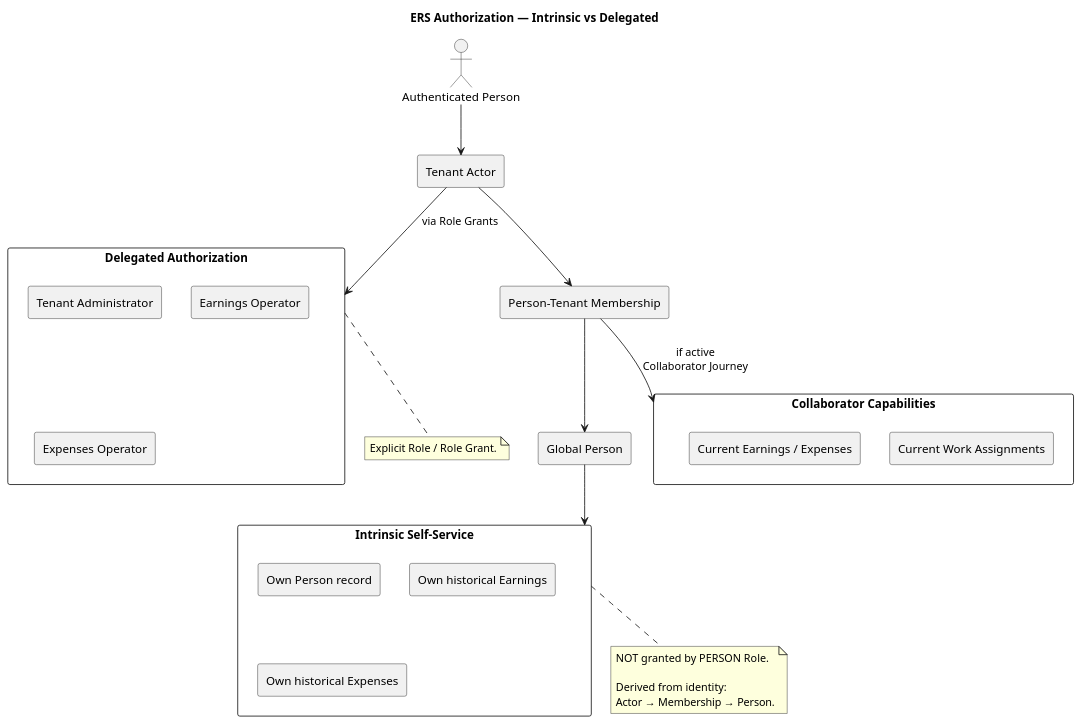
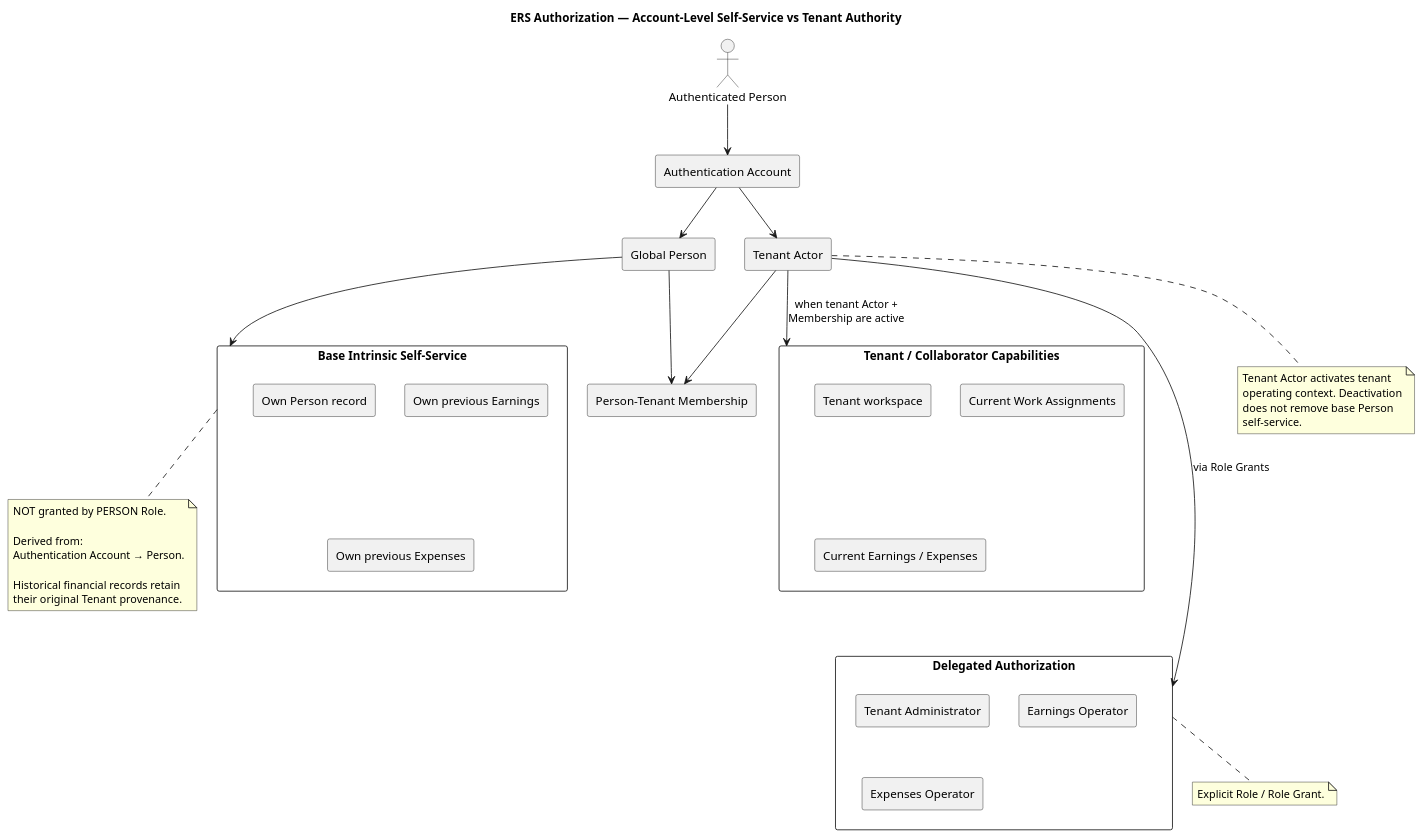
The diagram in docs/uml/authentication/7. Self-Service vs Delegated Authorization.puml (RodrigoMattosoSilveira/EnterpriseRemoteSystems), drawn with PlantUML before and after one commit. The commit also changed 17 other files, not shown here.

Commit message:
Login a Person without any Tenant Membership

```diff
--- a/docs/uml/authentication/7. Self-Service vs Delegated Authorization.puml
+++ b/docs/uml/authentication/7. Self-Service vs Delegated Authorization.puml
@@ -1,48 +1,61 @@
 @startuml
-title ERS Authorization — Intrinsic vs Delegated
+title ERS Authorization — Account-Level Self-Service vs Tenant Authority
 
 actor "Authenticated Person" as User
 
+rectangle "Authentication Account" as Account
+rectangle "Global Person" as Person
+rectangle "Person–Tenant Membership" as Membership
 rectangle "Tenant Actor" as Actor
-rectangle "Person–Tenant Membership" as Membership
-rectangle "Global Person" as Person
 
-rectangle "Intrinsic Self-Service" as Self {
+rectangle "Base Intrinsic Self-Service" as Self {
   rectangle "Own Person record"
-  rectangle "Own historical Earnings"
-  rectangle "Own historical Expenses"
+  rectangle "Own previous Earnings"
+  rectangle "Own previous Expenses"
 }
 
-rectangle "Collaborator Capabilities" as Collab {
+rectangle "Tenant / Collaborator Capabilities" as Collab {
+  rectangle "Tenant workspace"
   rectangle "Current Work Assignments"
   rectangle "Current Earnings / Expenses"
 }
 
 rectangle "Delegated Authorization" as Delegated {
   rectangle "Tenant Administrator"
   rectangle "Earnings Operator"
   rectangle "Expenses Operator"
 }
 
-User --> Actor
-Actor --> Membership
-Membership --> Person
-
+User --> Account
+Account --> Person
 Person --> Self
 
-Membership --> Collab : if active\nCollaborator Journey
+Person --> Membership
+Account --> Actor
+Actor --> Membership
 
+Actor --> Collab : when tenant Actor +\nMembership are active
 Actor --> Delegated : via Role Grants
 
 note bottom of Self
 NOT granted by PERSON Role.
 
-Derived from identity:
-Actor → Membership → Person.
+Derived from:
+Authentication Account → Person.
+
+Historical financial records retain
+their original Tenant provenance.
+end note
+
+note bottom of Actor
+Tenant Actor activates tenant
+operating context. Deactivation
+does not remove base Person
+self-service.
 end note
 
 note bottom of Delegated
 Explicit Role / Role Grant.
 end note
 
 @enduml
```
